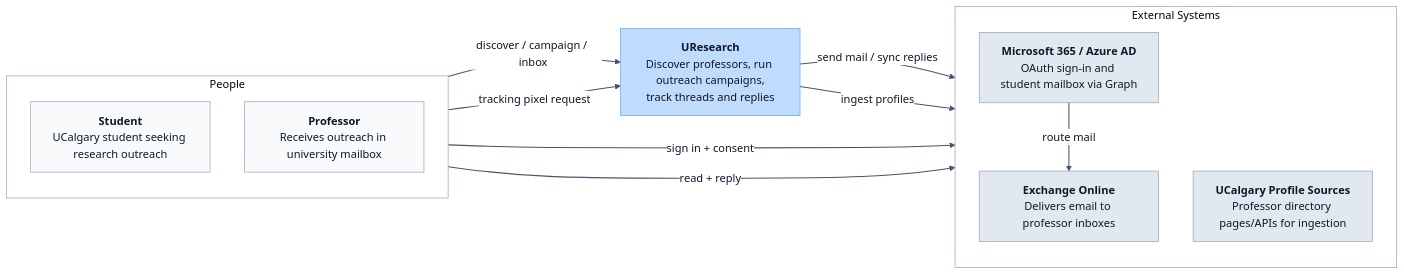
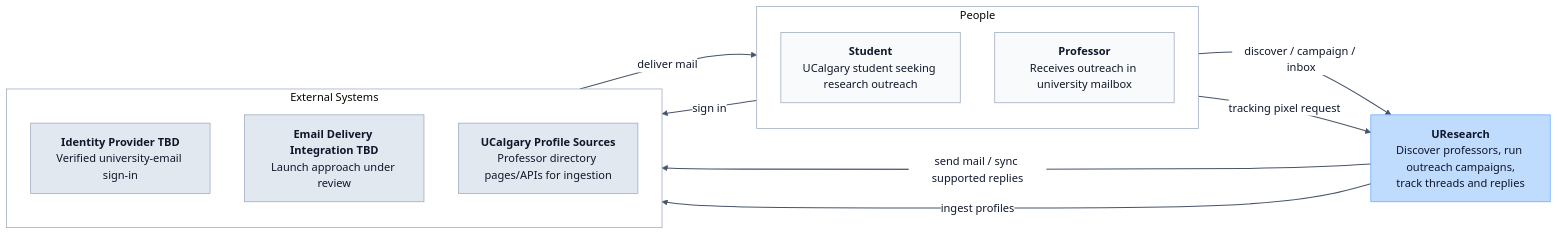
One commit to WanderingWalnut/UResearch changed the diagram in docs/architecture/diagrams/c4-context.md. Above: the diagram before and after it, drawn with Mermaid. The commit also changed other lines of this file and 26 other files, not shown here.

First line of the commit message:
Update .gitignore, CONTEXT.md, and architecture documentation

````diff
--- a/docs/architecture/diagrams/c4-context.md
+++ b/docs/architecture/diagrams/c4-context.md
@@ -5,34 +5,33 @@
 ```mermaid
 %%{init: {"theme": "base", "themeVariables": {"background": "#f8fafc", "mainBkg": "#dbeafe", "primaryTextColor": "#0f172a", "lineColor": "#475569", "textColor": "#0f172a", "edgeLabelBackground": "#ffffff", "clusterBkg": "#ffffff", "clusterBorder": "#94a3b8", "fontFamily": "Inter, ui-sans-serif, system-ui, sans-serif"}} }%%
 flowchart LR
   subgraph users["People"]
     direction TB
     student["<b>Student</b><br/>UCalgary student seeking research outreach"];
     professor["<b>Professor</b><br/>Receives outreach in university mailbox"];
   end
 
   uresearch["<b>UResearch</b><br/>Discover professors, run outreach campaigns,<br/>track threads and replies"];
 
   subgraph external["External Systems"]
     direction TB
-    microsoft["<b>Microsoft 365 / Azure AD</b><br/>OAuth sign-in and student mailbox via Graph"];
-    exchange["<b>Exchange Online</b><br/>Delivers email to professor inboxes"];
+    identity["<b>Identity Provider TBD</b><br/>Verified university-email sign-in"];
+    delivery["<b>Email Delivery Integration TBD</b><br/>Launch approach under review"];
     ucalgary_data["<b>UCalgary Profile Sources</b><br/>Professor directory pages/APIs for ingestion"];
   end
 
   student -->|"discover / campaign / inbox"| uresearch;
-  student -->|"sign in + consent"| microsoft;
-  uresearch -->|"send mail / sync replies"| microsoft;
-  microsoft -->|"route mail"| exchange;
-  professor -->|"read + reply"| exchange;
+  student -->|"sign in"| identity;
+  uresearch -->|"send mail / sync supported replies"| delivery;
+  delivery -->|"deliver mail"| professor;
   uresearch -->|"ingest profiles"| ucalgary_data;
   professor -->|"tracking pixel request"| uresearch;
 
   classDef personNode fill:#f8fafc,stroke:#94a3b8,color:#0f172a,stroke-width:1px;
   classDef systemNode fill:#bfdbfe,stroke:#60a5fa,color:#0f172a,stroke-width:1px;
   classDef externalNode fill:#e2e8f0,stroke:#94a3b8,color:#0f172a,stroke-width:1px;
   class student,professor personNode;
   class uresearch systemNode;
-  class microsoft,exchange,ucalgary_data externalNode;
+  class identity,delivery,ucalgary_data externalNode;
   linkStyle default stroke:#475569,stroke-width:1.5px;
 ```
````
